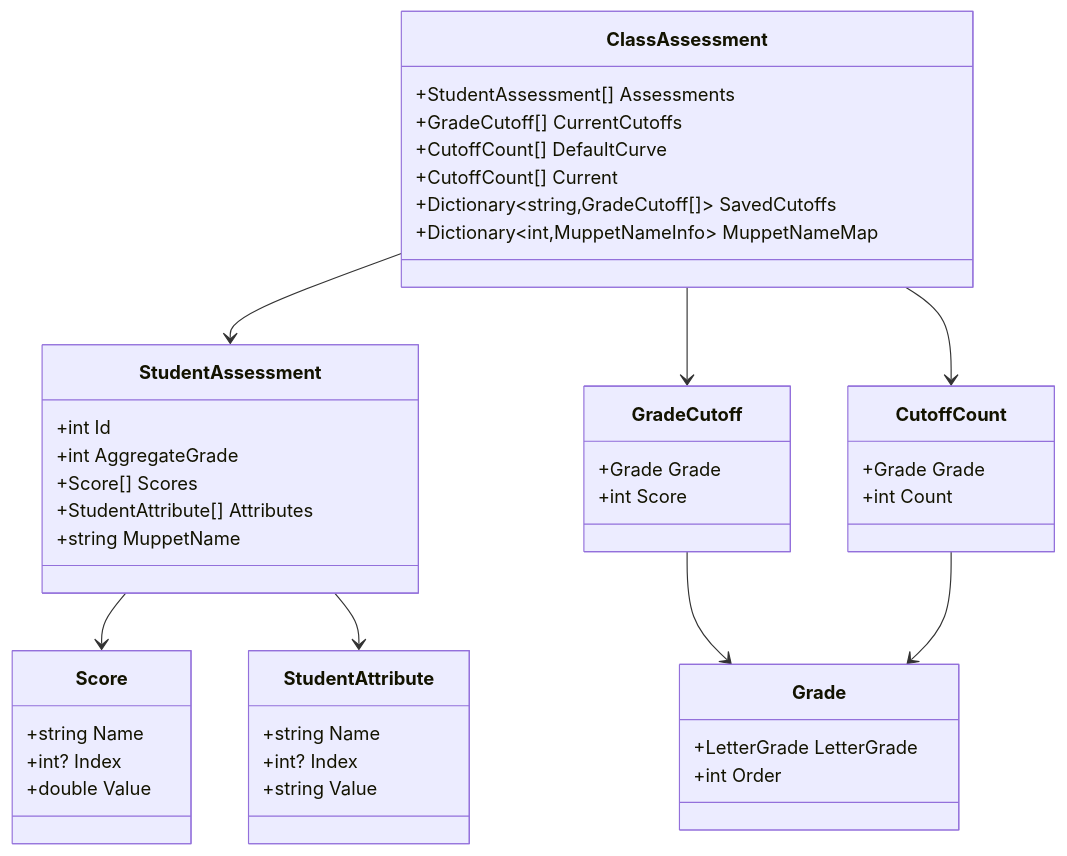
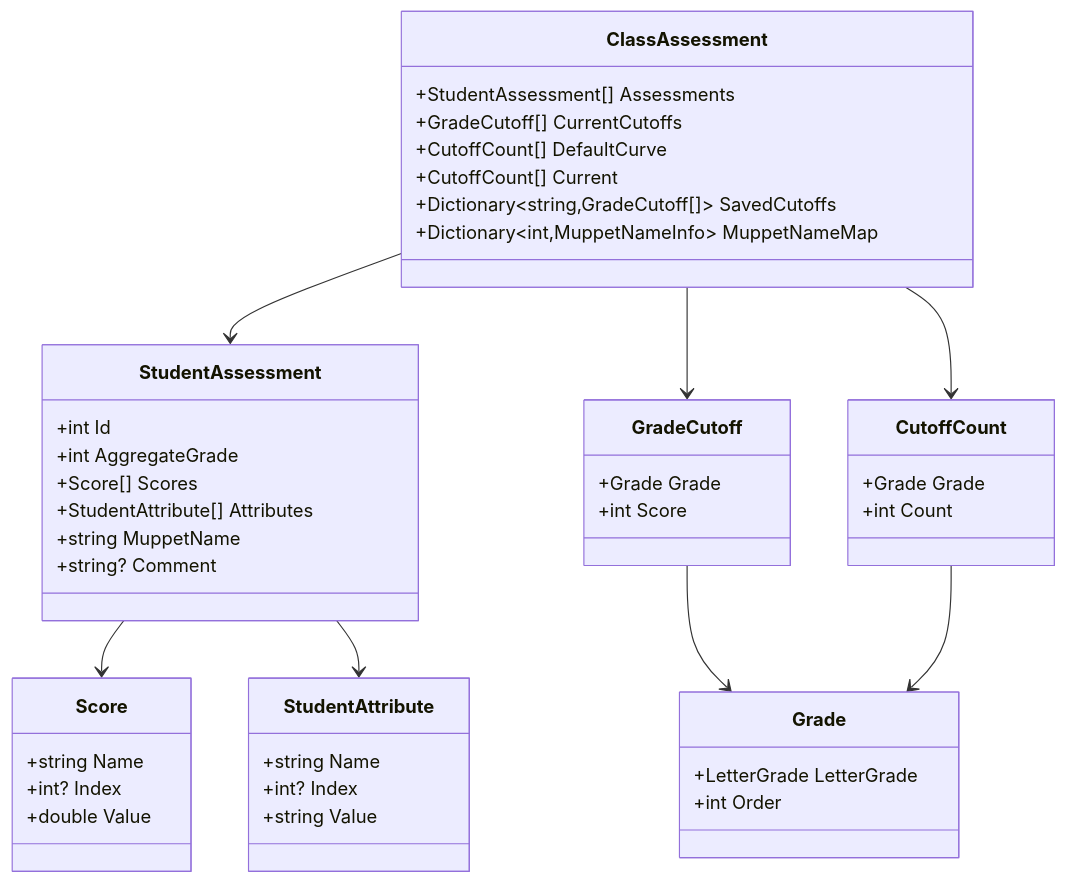
One commit to SartorialOffense/Dotsesses changed the diagram in SPEC.md. Above: the diagram before and after it, drawn with Mermaid. The commit also changed other lines of this file and 1 other file, not shown here.

````diff
--- a/SPEC.md
+++ b/SPEC.md
@@ -275,54 +332,55 @@
 ```mermaid
 classDiagram
     ClassAssessment --> StudentAssessment
     ClassAssessment --> GradeCutoff
     ClassAssessment --> CutoffCount
     StudentAssessment --> Score
     StudentAssessment --> StudentAttribute
     GradeCutoff --> Grade
     CutoffCount --> Grade
 
     class ClassAssessment {
         +StudentAssessment[] Assessments
         +GradeCutoff[] CurrentCutoffs
         +CutoffCount[] DefaultCurve
         +CutoffCount[] Current
         +Dictionary~string,GradeCutoff[]~ SavedCutoffs
         +Dictionary~int,MuppetNameInfo~ MuppetNameMap
     }
 
     class StudentAssessment {
         +int Id
         +int AggregateGrade
         +Score[] Scores
         +StudentAttribute[] Attributes
         +string MuppetName
+        +string? Comment
     }
 
     class Score {
         +string Name
         +int? Index
         +double Value
     }
 
     class StudentAttribute {
         +string Name
         +int? Index
         +string Value
     }
 
     class Grade {
         +LetterGrade LetterGrade
         +int Order
     }
 
     class GradeCutoff {
         +Grade Grade
         +int Score
     }
 
     class CutoffCount {
         +Grade Grade
         +int Count
     }
 ```
````
